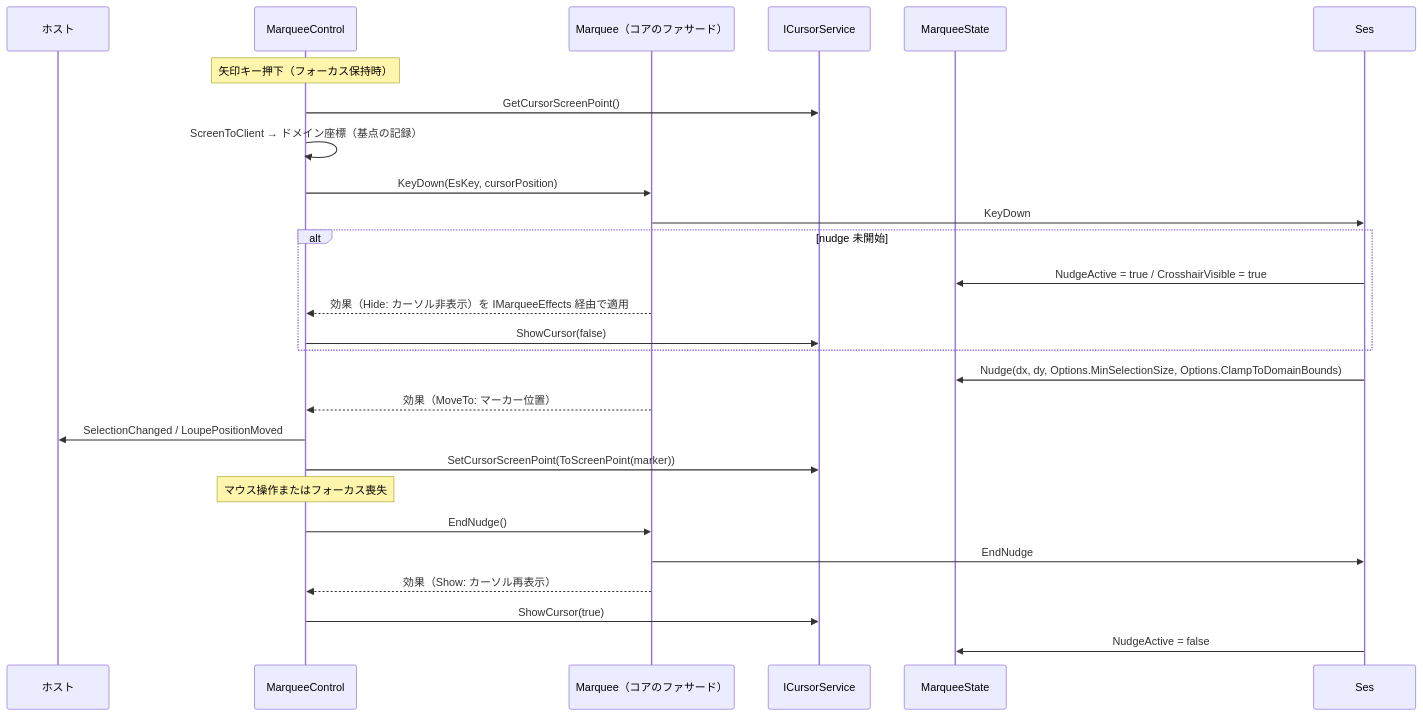
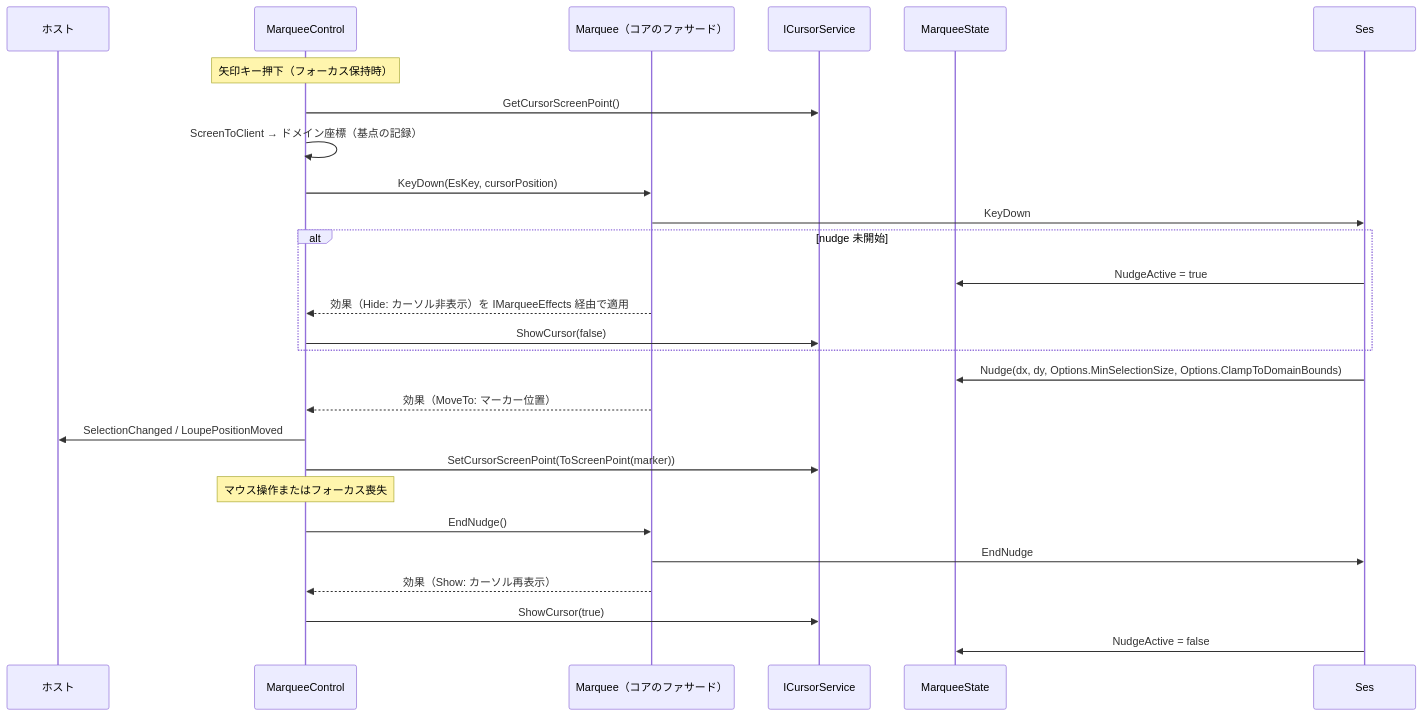
Before and after one commit to tomokuni/SaveEvidence: the third of 4 diagrams in src/MarqueeControl.MewUI/SPEC_System.md, drawn with Mermaid. The commit also changed other lines of this file and 220 other files, not shown here.

````diff
--- a/src/MarqueeControl.MewUI/SPEC_System.md
+++ b/src/MarqueeControl.MewUI/SPEC_System.md
@@ -299,29 +294,29 @@
 ```mermaid
 sequenceDiagram
     participant Host as ホスト
     participant Ctl as MarqueeControl
     participant Fac as Marquee（コアのファサード）
     participant Cur as ICursorService
     participant St as MarqueeState
 
     Note over Ctl: 矢印キー押下（フォーカス保持時）
     Ctl->>Cur: GetCursorScreenPoint()
     Ctl->>Ctl: ScreenToClient → ドメイン座標（基点の記録）
     Ctl->>Fac: KeyDown(EsKey, cursorPosition)
     Fac->>Ses: KeyDown
     alt nudge 未開始
-        Ses->>St: NudgeActive = true / CrosshairVisible = true
+        Ses->>St: NudgeActive = true
         Fac-->>Ctl: 効果（Hide: カーソル非表示）を IMarqueeEffects 経由で適用
         Ctl->>Cur: ShowCursor(false)
     end
     Ses->>St: Nudge(dx, dy, Options.MinSelectionSize, Options.ClampToDomainBounds)
     Fac-->>Ctl: 効果（MoveTo: マーカー位置）
     Ctl->>Host: SelectionChanged / LoupePositionMoved
     Ctl->>Cur: SetCursorScreenPoint(ToScreenPoint(marker))
     Note over Ctl: マウス操作またはフォーカス喪失
     Ctl->>Fac: EndNudge()
     Fac->>Ses: EndNudge
     Fac-->>Ctl: 効果（Show: カーソル再表示）
     Ctl->>Cur: ShowCursor(true)
     Ses->>St: NudgeActive = false
 ```
````
